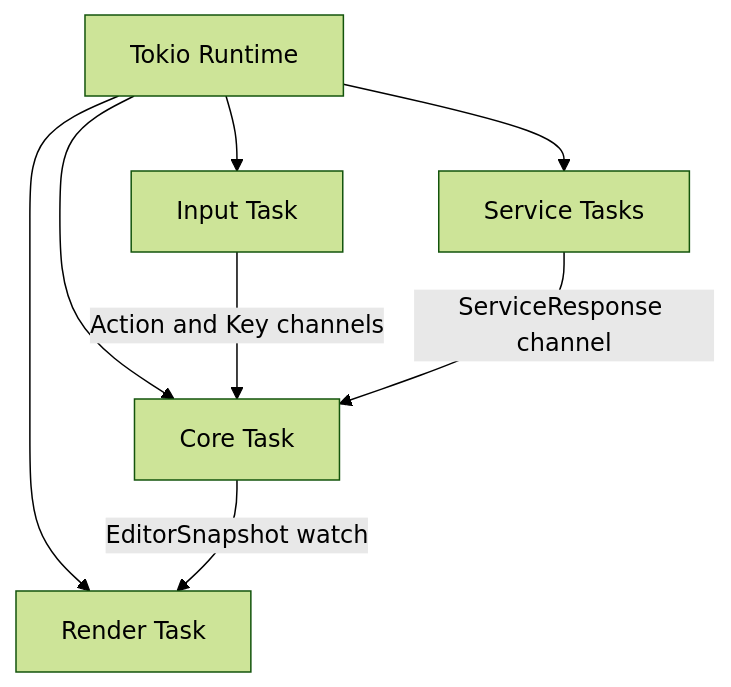
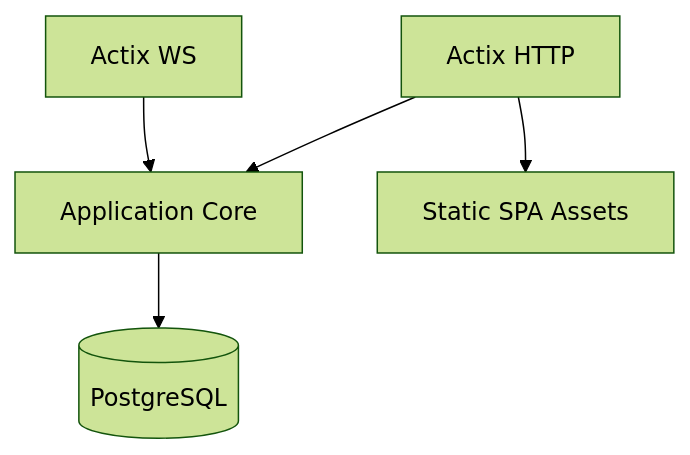
The diagram in docs/spec/architecture/README.md (lkjsxc/kjxlkj), drawn with Mermaid (forest theme) before and after one commit. The commit also changed other lines of this file and 573 other files, not shown here.

````diff
--- a/docs/spec/architecture/README.md
+++ b/docs/spec/architecture/README.md
@@ -20,12 +16,13 @@
 ```mermaid
 graph TD
-  RT[Tokio Runtime]
-  RT --> CORE[Core Task]
-  RT --> INPUT[Input Task]
-  RT --> RENDER[Render Task]
-  RT --> SVC[Service Tasks]
+  HTTP[Actix HTTP]
+  WS[Actix WS]
+  APP[Application Core]
+  DB[(PostgreSQL)]
+  SPA[Static SPA Assets]
 
-  INPUT -->|Action and Key channels| CORE
-  SVC -->|ServiceResponse channel| CORE
-  CORE -->|EditorSnapshot watch| RENDER
+  HTTP --> APP
+  WS --> APP
+  APP --> DB
+  HTTP --> SPA
 ```
````
